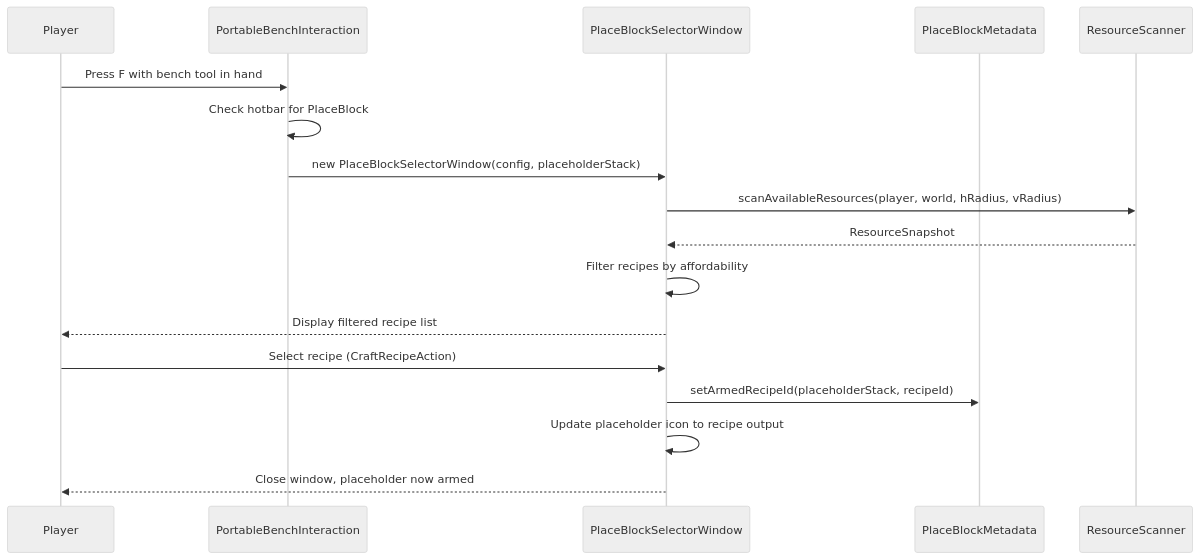
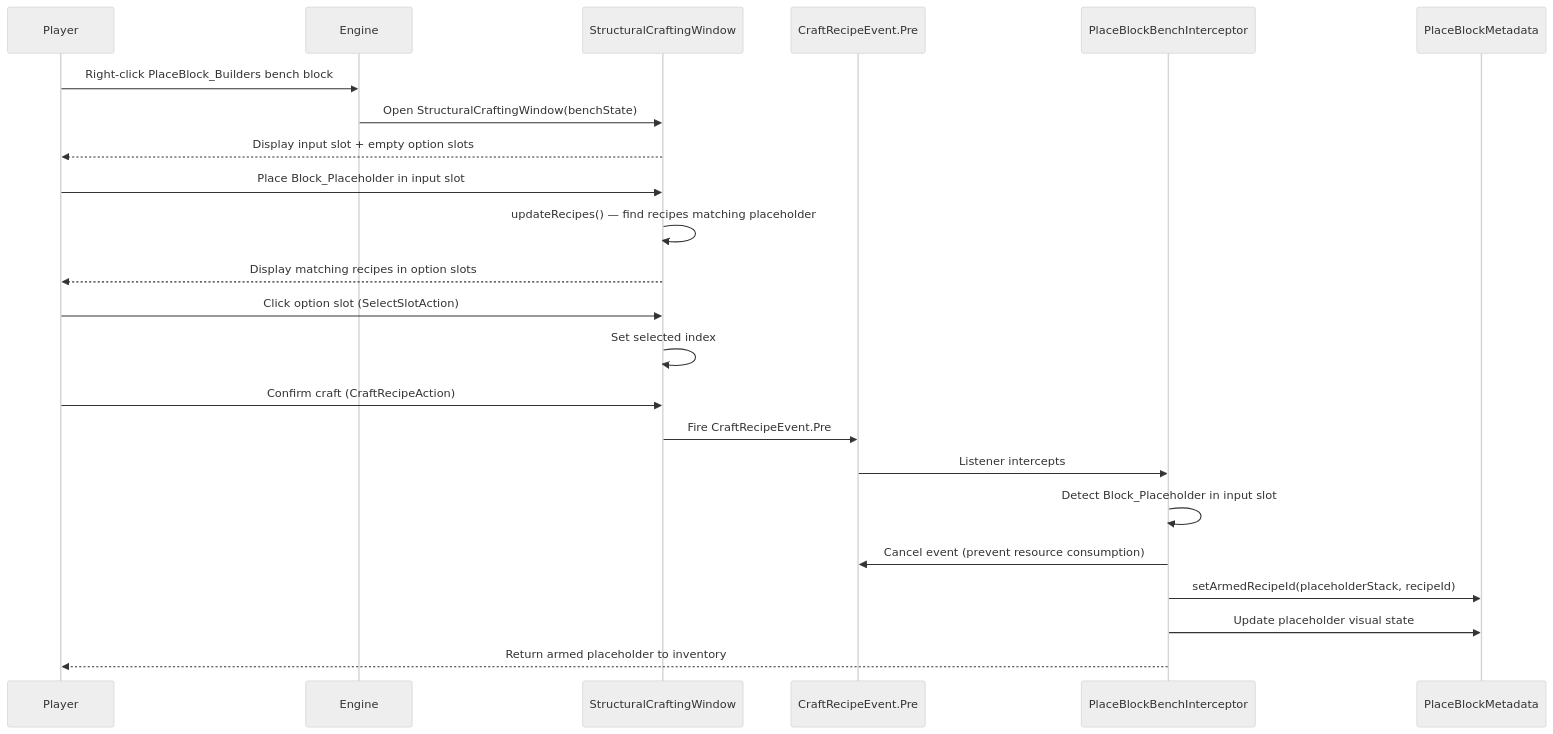
One commit to TheCodeCreature/Hytale-Example-Plugin changed the third of 6 diagrams in docs/Plans/design-placeblock-building-tool.md. Above: the diagram before and after it, drawn with Mermaid (neutral theme). The commit also changed other lines of this file and 12 other files, not shown here.

First line of the commit message:
Refactor PlaceBlock Building Tool Documentation and Introduce Blueprint Bench

````diff
--- a/docs/Plans/design-placeblock-building-tool.md
+++ b/docs/Plans/design-placeblock-building-tool.md
@@ -122,20 +188,26 @@
 ```mermaid
 sequenceDiagram
     participant P as Player
-    participant BI as PortableBenchInteraction
-    participant SW as PlaceBlockSelectorWindow
+    participant E as Engine
+    participant SCW as StructuralCraftingWindow
+    participant CRE as CraftRecipeEvent.Pre
+    participant PBI as PlaceBlockBenchInterceptor
     participant PM as PlaceBlockMetadata
-    participant RS as ResourceScanner
 
-    P->>BI: Press F with bench tool in hand
-    BI->>BI: Check hotbar for PlaceBlock
-    BI->>SW: new PlaceBlockSelectorWindow(config, placeholderStack)
-    SW->>RS: scanAvailableResources(player, world, hRadius, vRadius)
-    RS-->>SW: ResourceSnapshot
-    SW->>SW: Filter recipes by affordability
-    SW-->>P: Display filtered recipe list
-    P->>SW: Select recipe (CraftRecipeAction)
-    SW->>PM: setArmedRecipeId(placeholderStack, recipeId)
-    SW->>SW: Update placeholder icon to recipe output
-    SW-->>P: Close window, placeholder now armed
+    P->>E: Right-click PlaceBlock_Builders bench block
+    E->>SCW: Open StructuralCraftingWindow(benchState)
+    SCW-->>P: Display input slot + empty option slots
+    P->>SCW: Place Block_Placeholder in input slot
+    SCW->>SCW: updateRecipes() — find recipes matching placeholder
+    SCW-->>P: Display matching recipes in option slots
+    P->>SCW: Click option slot (SelectSlotAction)
+    SCW->>SCW: Set selected index
+    P->>SCW: Confirm craft (CraftRecipeAction)
+    SCW->>CRE: Fire CraftRecipeEvent.Pre
+    CRE->>PBI: Listener intercepts
+    PBI->>PBI: Detect Block_Placeholder in input slot
+    PBI->>CRE: Cancel event (prevent resource consumption)
+    PBI->>PM: setArmedRecipeId(placeholderStack, recipeId)
+    PBI->>PM: Update placeholder visual state
+    PBI-->>P: Return armed placeholder to inventory
 ```
````
